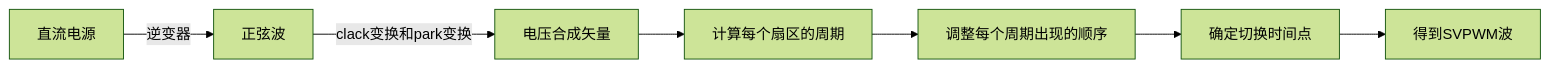
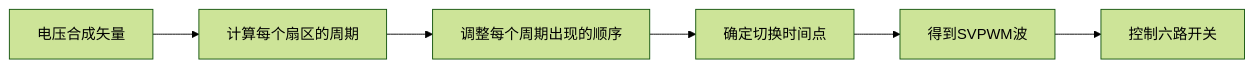
The second of 2 diagrams in note.md (zp-coffee/note), drawn with Mermaid (forest theme) before and after one commit. The commit also changed other lines of this file and 4 other files, not shown here.

````diff
--- a/note.md
+++ b/note.md
@@ -956,9 +1023,8 @@
 ```mermaid
 graph LR
-	A[直流电源] --逆变器--> B[正弦波]
-	B[正弦波] --clack变换和park变换--> C[电压合成矢量]
 	C[电压合成矢量] --> D[计算每个扇区的周期]
 	D[计算每个扇区的周期] --> E[调整每个周期出现的顺序]
 	E[调整每个周期出现的顺序] --> k[确定切换时间点]
 	k[确定切换时间点] --> F[得到SVPWM波]
+	F[得到SVPWM波] --> A[控制六路开关]
 ```
````
